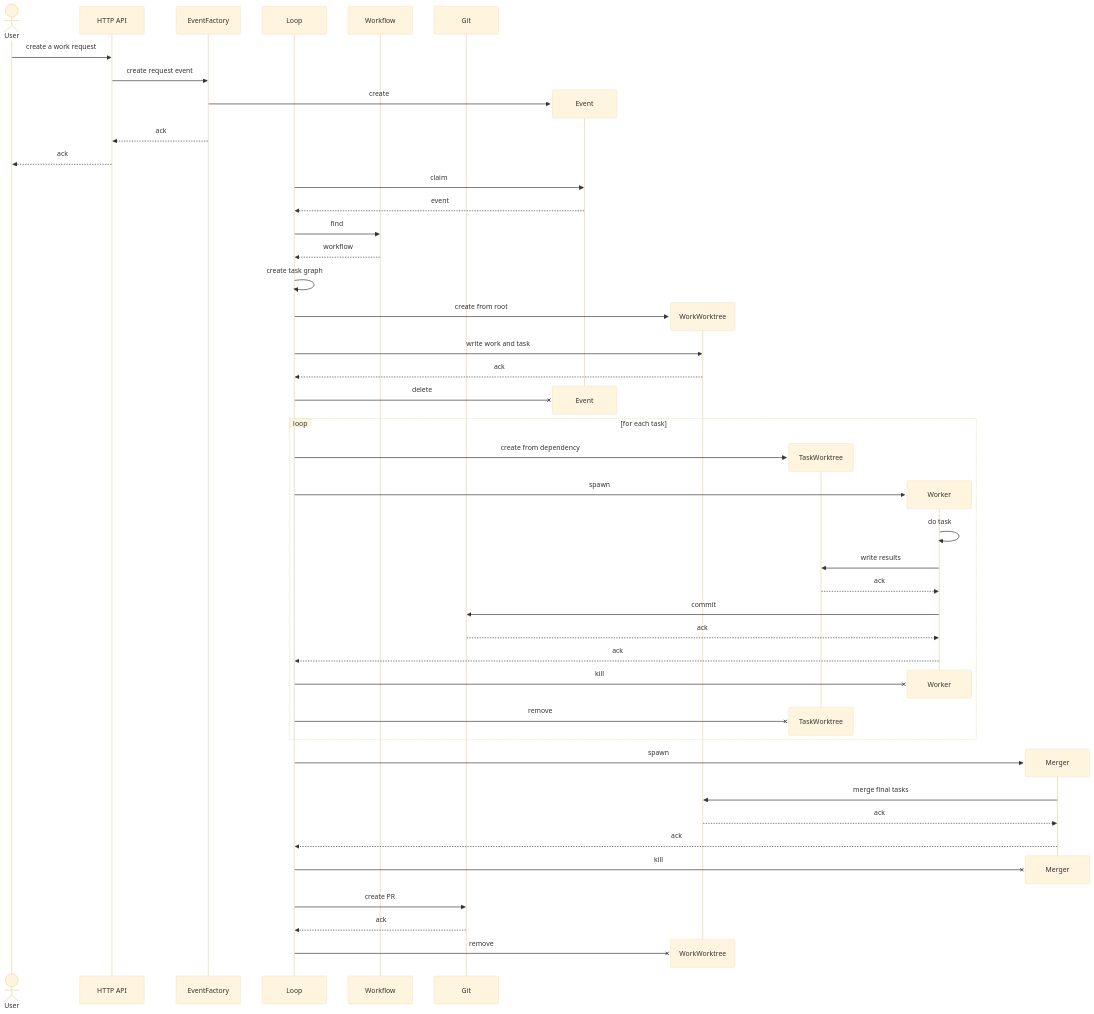
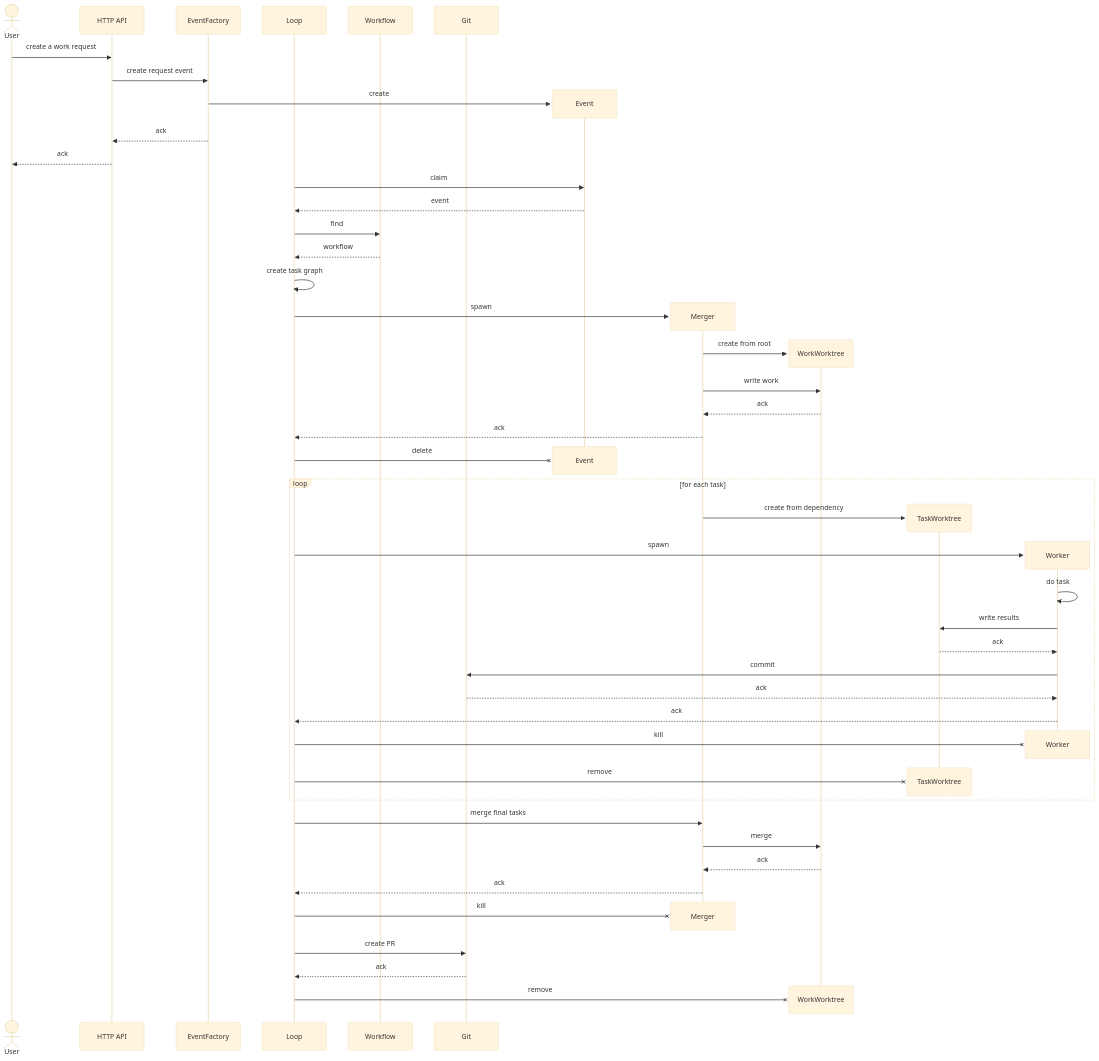
The second of 3 diagrams in docs/architecture.md (longlh/superteam), drawn with Mermaid (base theme) before and after one commit. The commit also changed other lines of this file and 3 other files, not shown here.

First line of the commit message:
Define the worktrees and the merger, and align the storage and spawn docs

````diff
--- a/docs/architecture.md
+++ b/docs/architecture.md
@@ -139,54 +189,56 @@
 ```mermaid
 sequenceDiagram
     actor User
     participant API as HTTP API
     participant Factory as EventFactory
     participant L as Loop
     participant Workflow
     participant Git
 
     User->>API: create a work request
     API->>Factory: create request event
     create participant Event
     Factory->>Event: create
     Factory-->>API: ack
     API-->>User: ack
     L->>Event: claim
     Event-->>L: event
     L->>Workflow: find
     Workflow-->>L: workflow
     L->>L: create task graph
+    create participant Merger
+    L->>Merger: spawn
     create participant WorkWorktree
-    L->>WorkWorktree: create from root
-    L->>WorkWorktree: write work and task
-    WorkWorktree-->>L: ack
+    Merger->>WorkWorktree: create from root
+    Merger->>WorkWorktree: write work
+    WorkWorktree-->>Merger: ack
+    Merger-->>L: ack
     destroy Event
     L-xEvent: delete
     loop for each task
         create participant TaskWorktree
-        L->>TaskWorktree: create from dependency
+        Merger->>TaskWorktree: create from dependency
         create participant Worker
         L->>Worker: spawn
         Worker->>Worker: do task
         Worker->>TaskWorktree: write results
         TaskWorktree-->>Worker: ack
         Worker->>Git: commit
         Git-->>Worker: ack
         Worker-->>L: ack
         destroy Worker
         L-xWorker: kill
         destroy TaskWorktree
         L-xTaskWorktree: remove
     end
-    create participant Merger
-    L->>Merger: spawn
-    Merger->>WorkWorktree: merge final tasks
+    L->>Merger: merge final tasks
+    Merger->>WorkWorktree: merge
     WorkWorktree-->>Merger: ack
     Merger-->>L: ack
     destroy Merger
     L-xMerger: kill
     L->>Git: create PR
     Git-->>L: ack
     destroy WorkWorktree
     L-xWorkWorktree: remove
 ```
````
